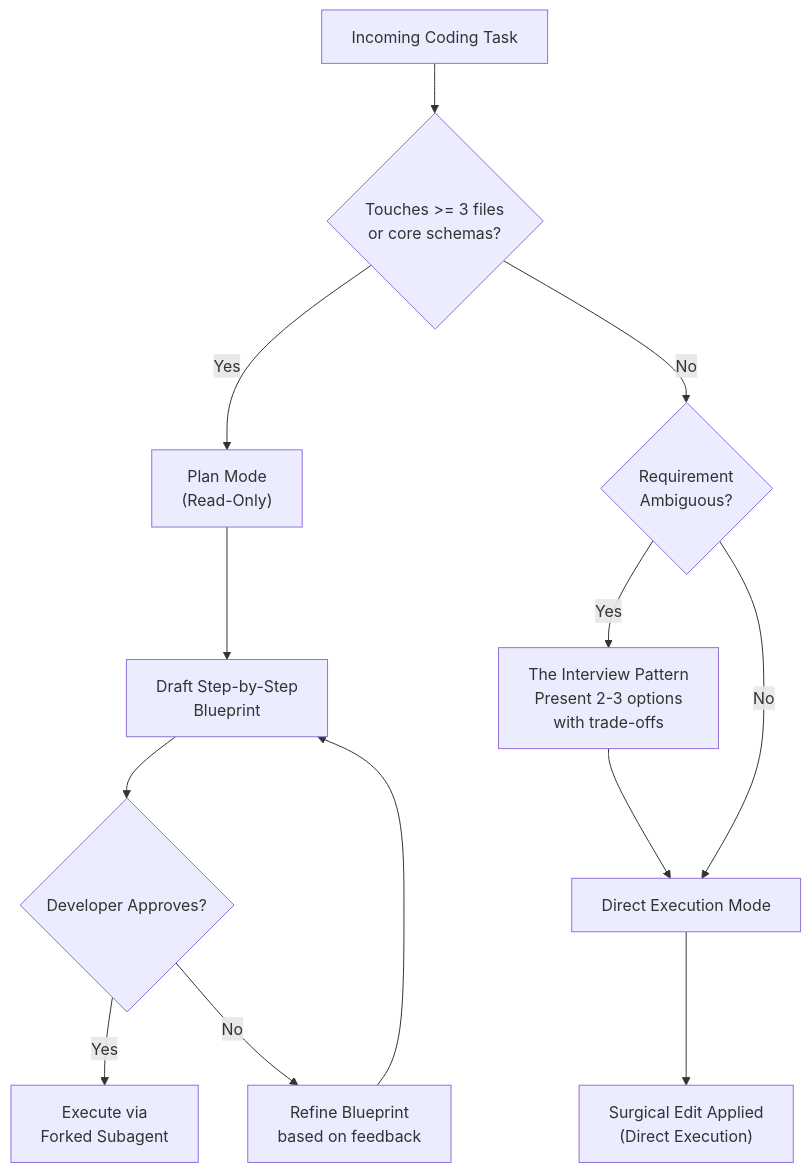
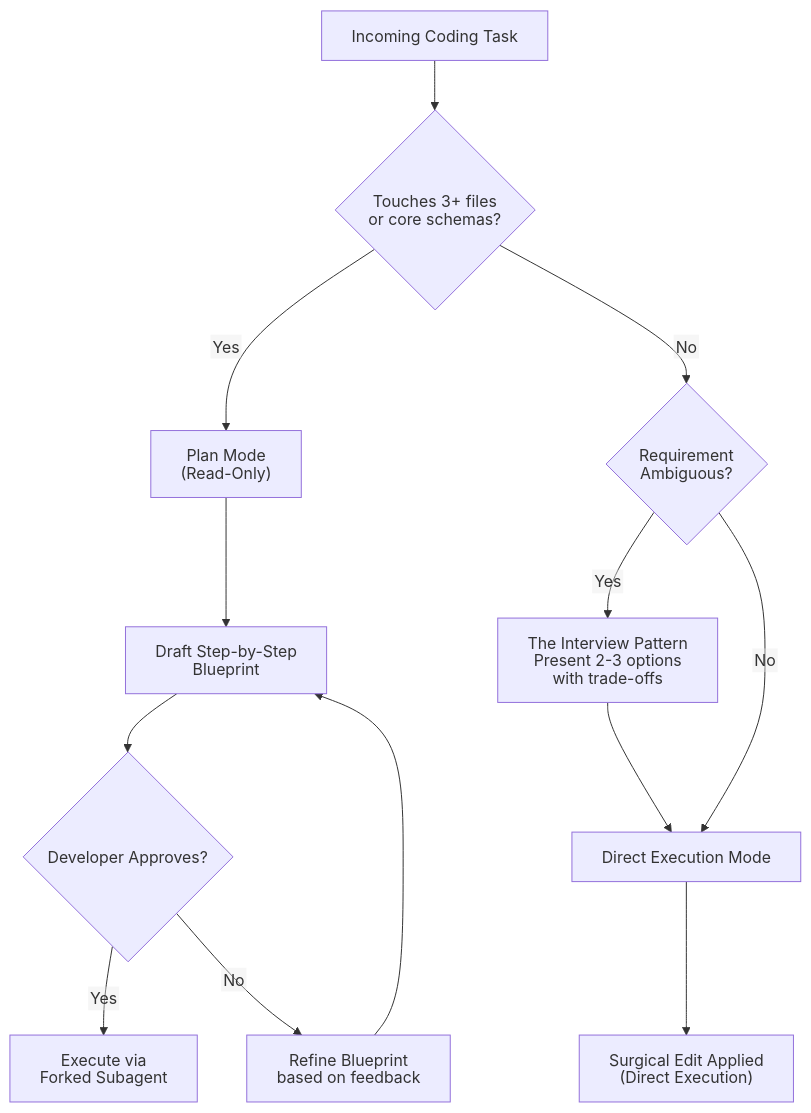
One commit to dip4k/claude_cert_architect_foundation_prep changed the first of 6 diagrams in scenarios/MASTER_SCENARIO_PRACTICE.md. Above: the diagram before and after it, drawn with Mermaid. The commit also changed other lines of this file and 88 other files, not shown here.

First line of the commit message:
fix(mermaid): standardize GitHub Mermaid rendering across repo

````diff
--- a/scenarios/MASTER_SCENARIO_PRACTICE.md
+++ b/scenarios/MASTER_SCENARIO_PRACTICE.md
@@ -71,17 +71,21 @@
 ```mermaid
+---
+config:
+  htmlLabels: false
+---
 flowchart TD
-    TaskStart["Incoming Coding Task"] --> ScopeCheck{"Touches >= 3 files<br>or core schemas?"}
+    TaskStart["Incoming Coding Task"] --> ScopeCheck{"Touches 3+ files<br>or core schemas?"}
     
     ScopeCheck -- "Yes" --> PlanMode["Plan Mode<br>(Read-Only)"]
     PlanMode --> DraftBlueprint["Draft Step-by-Step<br>Blueprint"]
     DraftBlueprint --> UserApproval{"Developer Approves?"}
     UserApproval -- "Yes" --> ExecuteForked["Execute via<br>Forked Subagent"]
     UserApproval -- "No" --> RefineBlueprint["Refine Blueprint<br>based on feedback"]
     RefineBlueprint --> DraftBlueprint
     
     ScopeCheck -- "No" --> AmbiguityCheck{"Requirement<br>Ambiguous?"}
     AmbiguityCheck -- "Yes" --> InterviewPattern["The Interview Pattern<br>Present 2-3 options<br>with trade-offs"]
     InterviewPattern --> DirectMode["Direct Execution Mode"]
     AmbiguityCheck -- "No" --> DirectMode
     DirectMode --> SurgicalEdit["Surgical Edit Applied<br>(Direct Execution)"]
 ```
````
